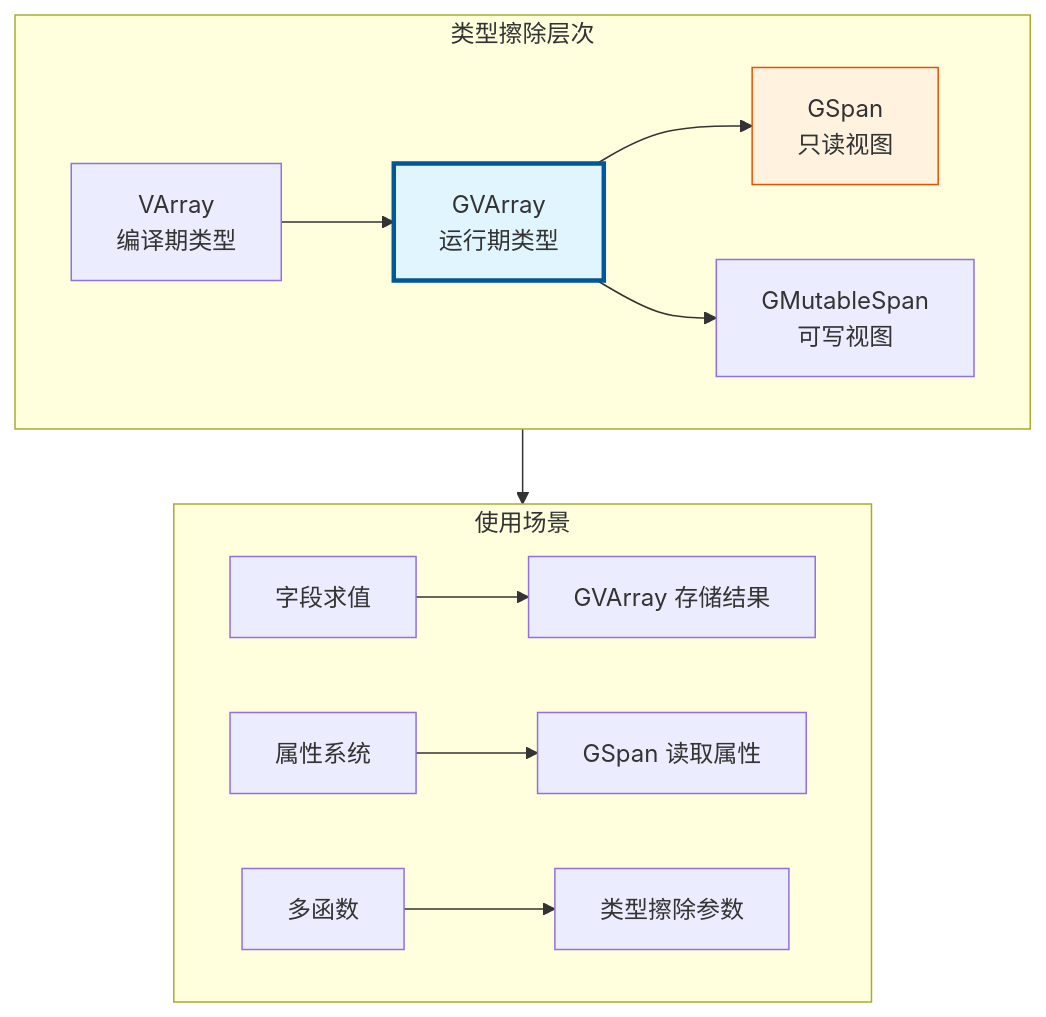
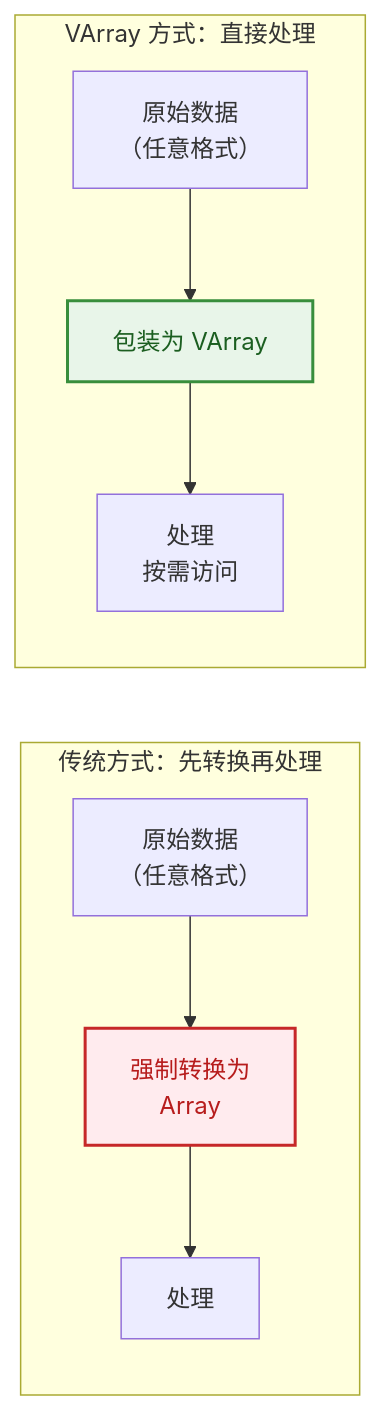
The second of 6 diagrams in 杂/markdown/学习节点/基础库/08_VArray_GVArray.md (yunkezengren/blender-.vscode), drawn with Mermaid before and after one commit. The commit also changed other lines of this file and 1 other file, not shown here.

````diff
--- a/杂/markdown/学习节点/基础库/08_VArray_GVArray.md
+++ b/杂/markdown/学习节点/基础库/08_VArray_GVArray.md
@@ -131,19 +143,15 @@
 ```mermaid
-flowchart TB
-    subgraph 类型擦除层次["类型擦除层次"]
-        A["VArray<T><br/>编译期类型"] --> B["GVArray<br/>运行期类型"]
-        B --> C["GSpan<br/>只读视图"]
-        B --> D["GMutableSpan<br/>可写视图"]
+flowchart LR
+    subgraph 传统方式["传统方式：先转换再处理"]
+        A["原始数据<br/>（任意格式）"] --> B["强制转换为<br/>Array<T>"]
+        B --> C["处理"]
     end
-    
-    subgraph 使用场景["使用场景"]
-        E["字段求值"] --> E1["GVArray 存储结果"]
-        F["属性系统"] --> F1["GSpan 读取属性"]
-        G["多函数"] --> G1["类型擦除参数"]
+
+    subgraph VArray方式["VArray 方式：直接处理"]
+        D["原始数据<br/>（任意格式）"] --> E["包装为 VArray<T>"]
+        E --> F["处理<br/>按需访问"]
     end
-    
-    类型擦除层次 --> 使用场景
-    
-    style B fill:#e1f5fe,stroke:#01579b,stroke-width:3px
-    style C fill:#fff3e0,stroke:#e65100
+
+    style B fill:#ffebee,stroke:#c62828,stroke-width:2px,color:#b71c1c
+    style E fill:#e8f5e9,stroke:#388e3c,stroke-width:2px,color:#1b5e20
 ```
````
